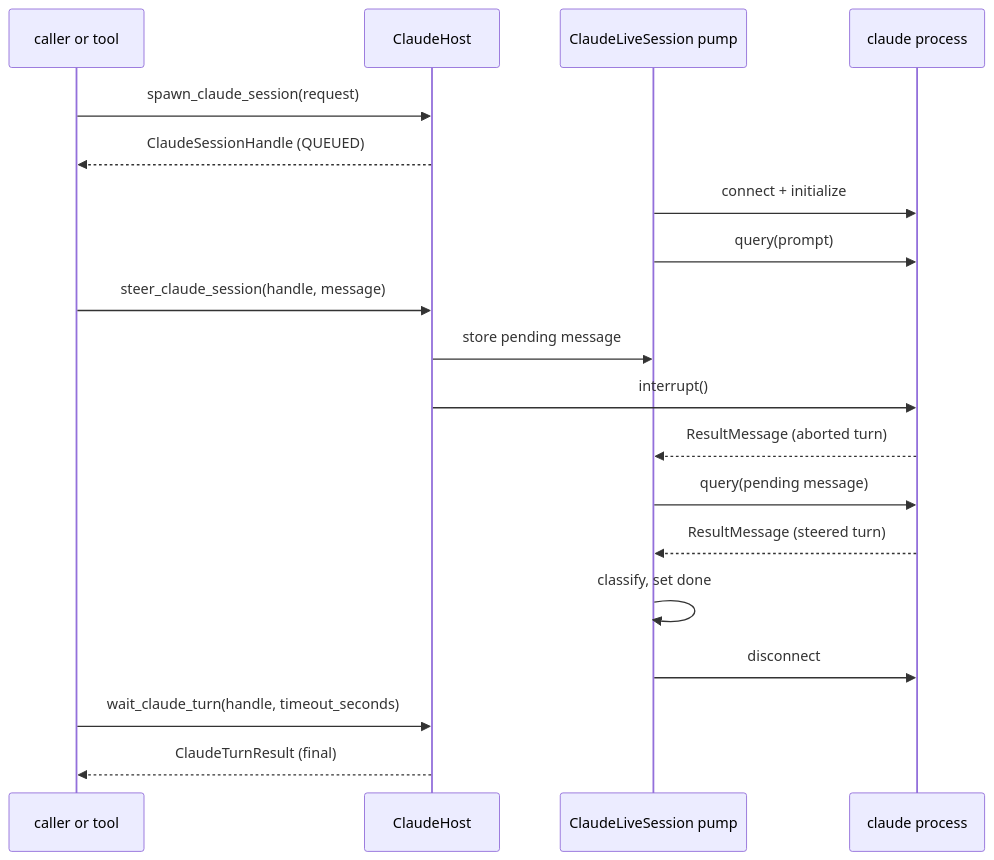
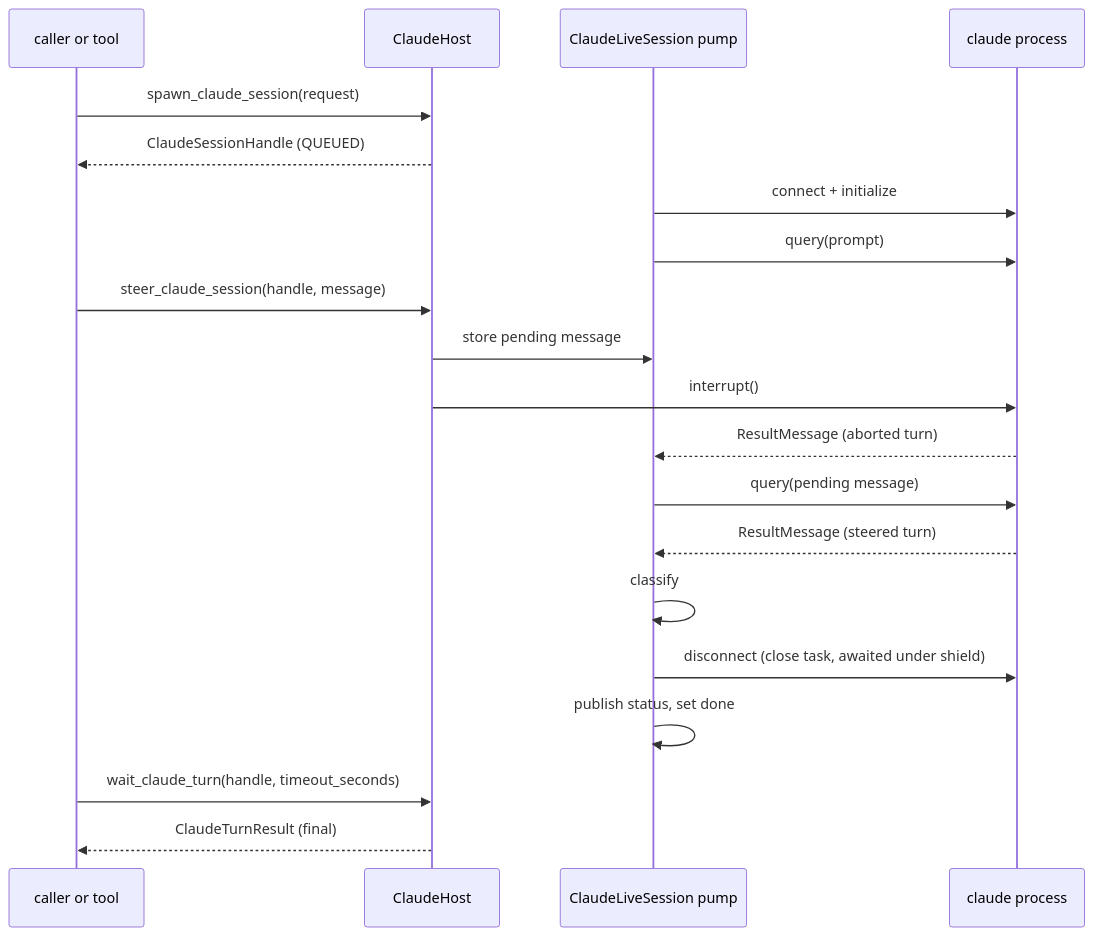
The second of 2 diagrams in docs/spec/claude-host/spec.md (cerredz/Vidbyte-SDK), drawn with Mermaid before and after one commit. The commit also changed other lines of this file, not shown here.

````diff
--- a/docs/spec/claude-host/spec.md
+++ b/docs/spec/claude-host/spec.md
@@ -172,21 +172,22 @@
 ```mermaid
 sequenceDiagram
   participant T as caller or tool
   participant H as ClaudeHost
   participant S as ClaudeLiveSession pump
   participant C as claude process
   T->>H: spawn_claude_session(request)
   H-->>T: ClaudeSessionHandle (QUEUED)
   S->>C: connect + initialize
   S->>C: query(prompt)
   T->>H: steer_claude_session(handle, message)
   H->>S: store pending message
   H->>C: interrupt()
   C-->>S: ResultMessage (aborted turn)
   S->>C: query(pending message)
   C-->>S: ResultMessage (steered turn)
-  S->>S: classify, set done
-  S->>C: disconnect
+  S->>S: classify
+  S->>C: disconnect (close task, awaited under shield)
+  S->>S: publish status, set done
   T->>H: wait_claude_turn(handle, timeout_seconds)
   H-->>T: ClaudeTurnResult (final)
 ```
````
